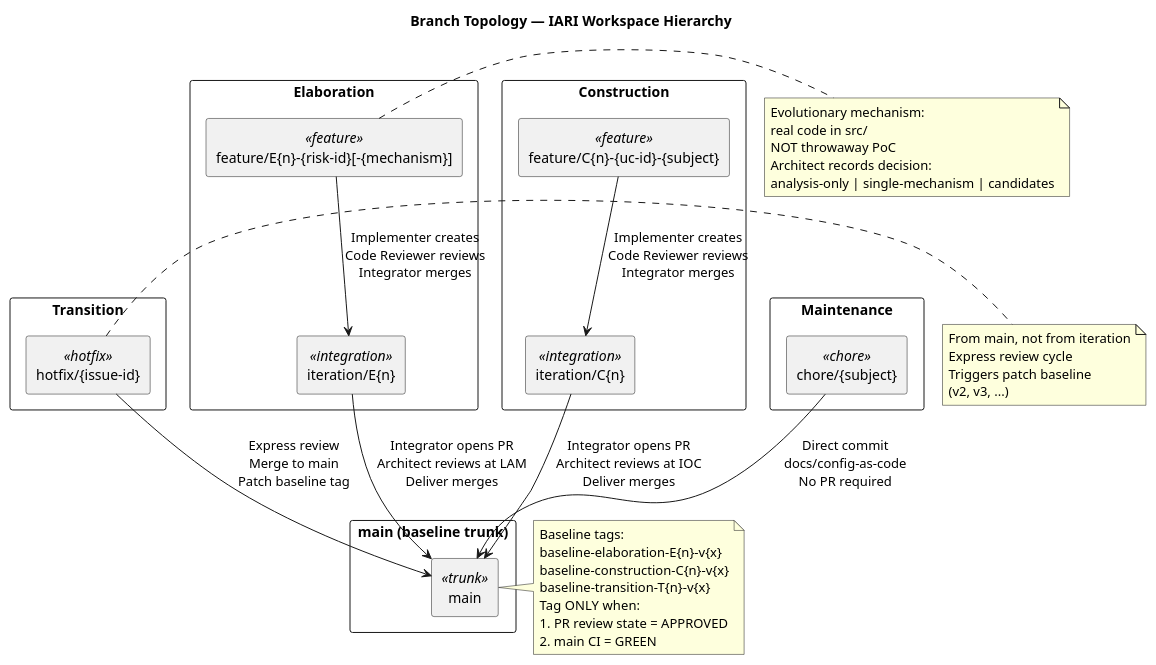
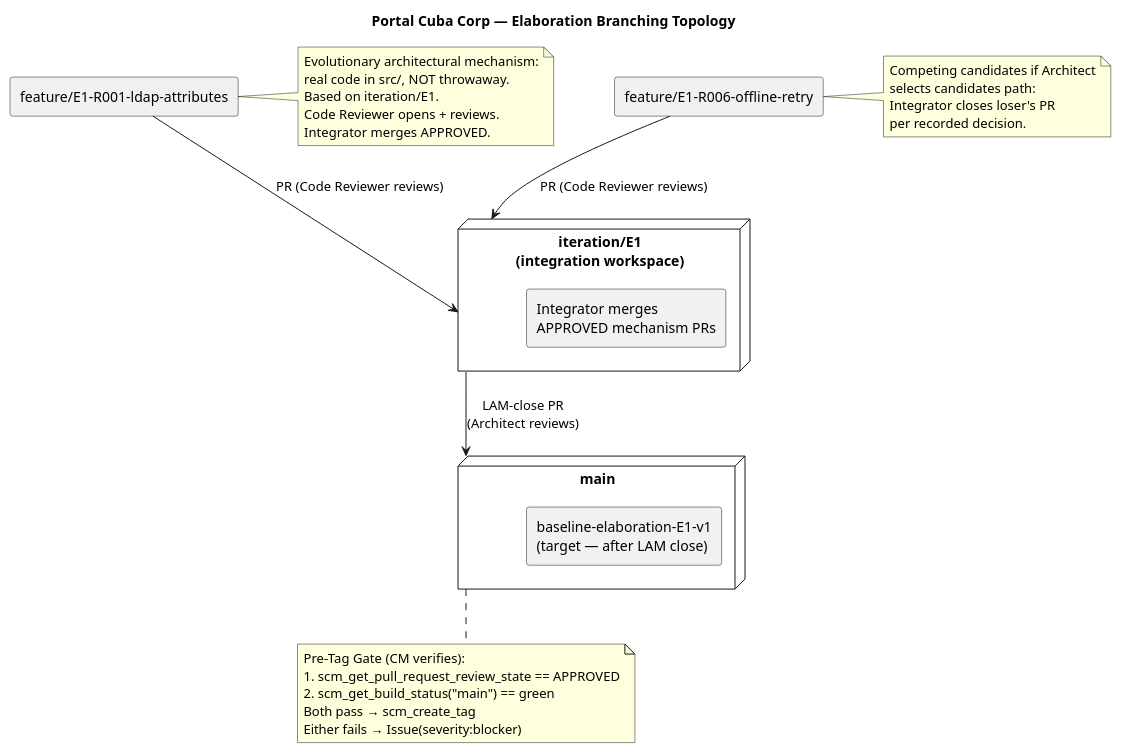
The first of 2 diagrams in docs/BRANCHING_STRATEGY.md (banense-test/portal-cuba-corp), drawn with PlantUML before and after one commit. The commit also changed other lines of this file, not shown here.

Commit message:
Evolve BRANCHING_STRATEGY.md to Elaboration phase — add evolutionary architectural mechanism branching topology, baseline-elaboration-E1 tag procedure, and UML diagrams

````diff
--- a/docs/BRANCHING_STRATEGY.md
+++ b/docs/BRANCHING_STRATEGY.md
@@ -65,66 +68,48 @@
 ```plantuml
 @startuml
-title Branch Topology — IARI Workspace Hierarchy
+title Portal Cuba Corp — Elaboration Branching Topology
 
 skinparam componentStyle rectangle
-skinparam packageStyle rectangle
+skinparam nodesep 60
+skinparam ranksep 60
 
-package "main (baseline trunk)" {
-  component "main" as MAIN <<trunk>>
+node "main" as main {
+  component "baseline-elaboration-E1-v1\n(target — after LAM close)" as baseline
 }
 
-package "Elaboration" {
-  component "iteration/E{n}" as ITER_E <<integration>>
-  component "feature/E{n}-{risk-id}[-{mechanism}]" as FEAT_E <<feature>>
+node "iteration/E1\n(integration workspace)" as iterE1 {
+  component "Integrator merges\nAPPROVED mechanism PRs" as integrator
 }
 
-package "Construction" {
-  component "iteration/C{n}" as ITER_C <<integration>>
-  component "feature/C{n}-{uc-id}-{subject}" as FEAT_C <<feature>>
-}
+component "feature/E1-R001-ldap-attributes" as featR001
+component "feature/E1-R006-offline-retry" as featR006
 
-package "Transition" {
-  component "hotfix/{issue-id}" as HOTFIX <<hotfix>>
-}
+featR001 --> iterE1 : PR (Code Reviewer reviews)
+featR006 --> iterE1 : PR (Code Reviewer reviews)
+iterE1 --> main : LAM-close PR\n(Architect reviews)
 
-package "Maintenance" {
-  component "chore/{subject}" as CHORE <<chore>>
-}
-
-FEAT_E --> ITER_E : Implementer creates\nCode Reviewer reviews\nIntegrator merges
-ITER_E --> MAIN : Integrator opens PR\nArchitect reviews at LAM\nDeliver merges
-
-FEAT_C --> ITER_C : Implementer creates\nCode Reviewer reviews\nIntegrator merges
-ITER_C --> MAIN : Integrator opens PR\nArchitect reviews at IOC\nDeliver merges
-
-HOTFIX --> MAIN : Express review\nMerge to main\nPatch baseline tag
-
-CHORE --> MAIN : Direct commit\ndocs/config-as-code\nNo PR required
-
-note right of MAIN
-  Baseline tags:
-  baseline-elaboration-E{n}-v{x}
-  baseline-construction-C{n}-v{x}
-  baseline-transition-T{n}-v{x}
-  Tag ONLY when:
-  1. PR review state = APPROVED
-  2. main CI = GREEN
+note right of featR001
+  Evolutionary architectural mechanism:
+  real code in src/, NOT throwaway.
+  Based on iteration/E1.
+  Code Reviewer opens + reviews.
+  Integrator merges APPROVED.
 end note
 
-note right of FEAT_E
-  Evolutionary mechanism:
-  real code in src/
-  NOT throwaway PoC
-  Architect records decision:
-  analysis-only | single-mechanism | candidates
+note right of featR006
+  Competing candidates if Architect
+  selects candidates path:
+  Integrator closes loser's PR
+  per recorded decision.
 end note
 
-note right of HOTFIX
-  From main, not from iteration
-  Express review cycle
-  Triggers patch baseline
-  (v2, v3, ...)
+note bottom of main
+  Pre-Tag Gate (CM verifies):
+  1. scm_get_pull_request_review_state == APPROVED
+  2. scm_get_build_status("main") == green
+  Both pass → scm_create_tag
+  Either fails → Issue(severity:blocker)
 end note
 
 @enduml
 ```
````
